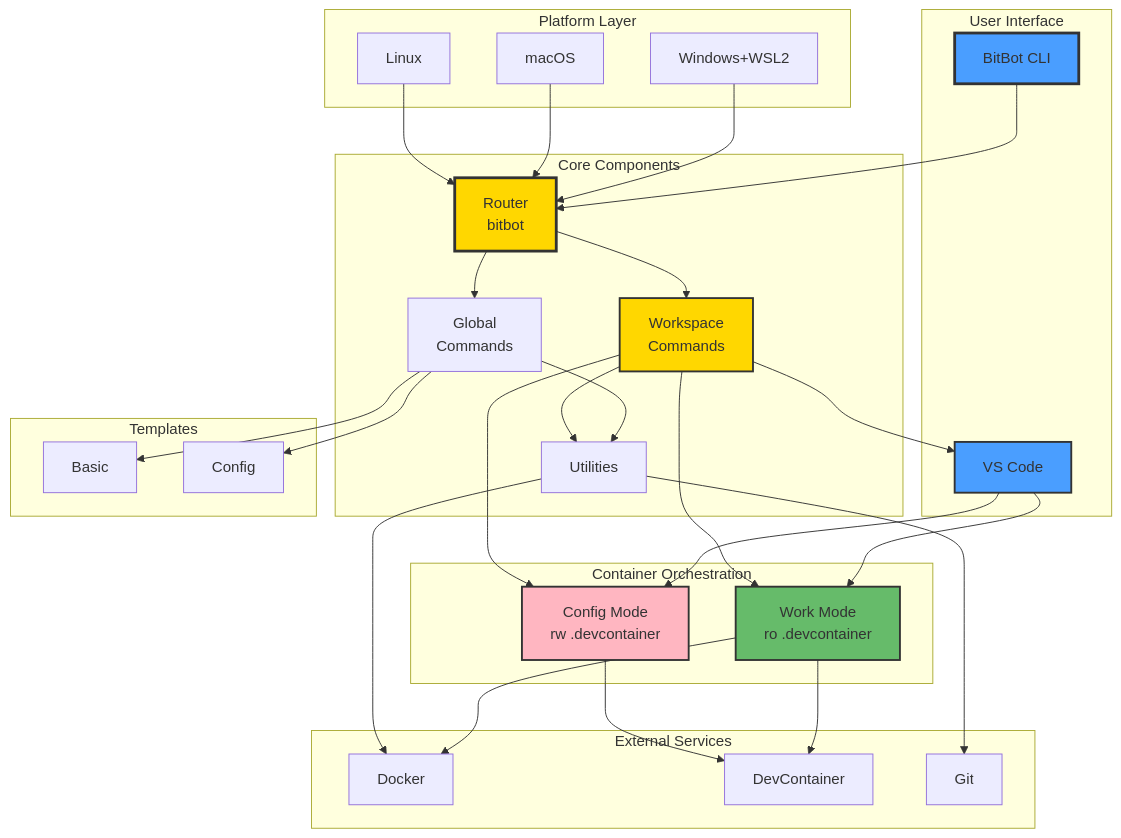
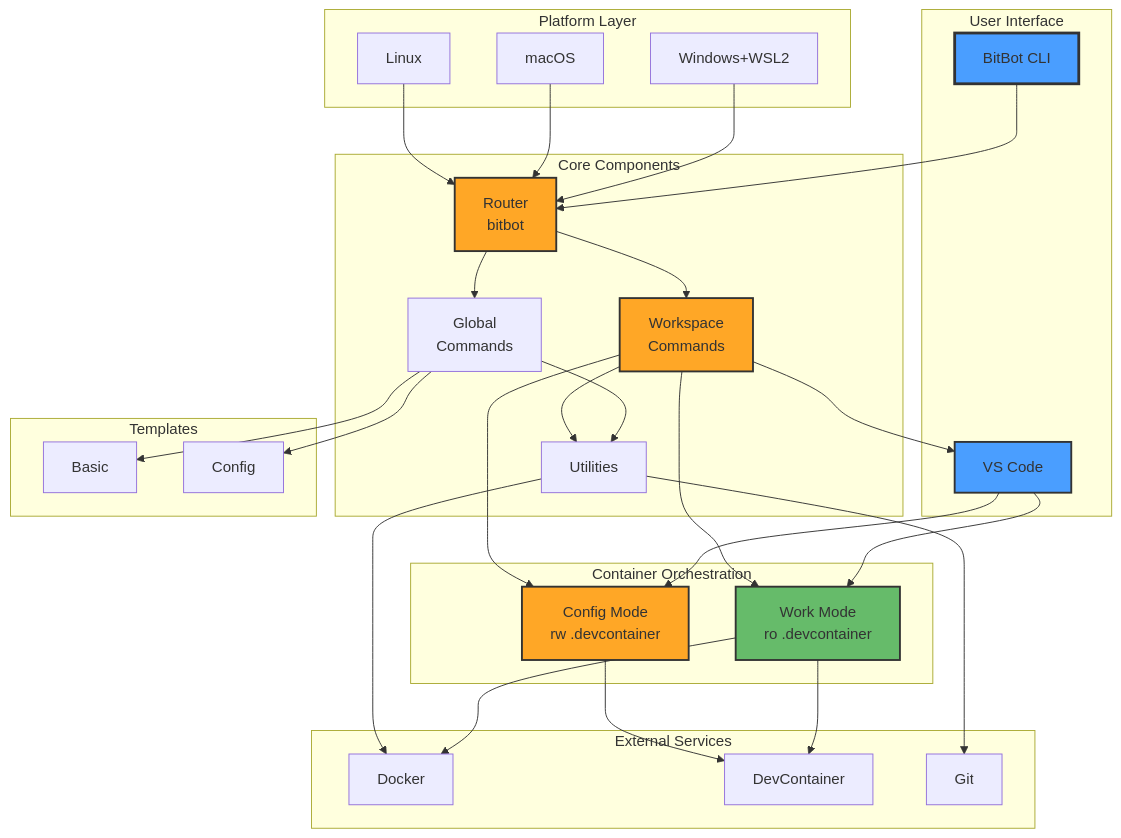
The diagram in sparc/3-architecture/diagrams/01-system-overview.md (ManuelKugelmann/BitBot), drawn with Mermaid before and after one commit.

Commit message:
Apply FLOW_INNER_BITBOT color scheme to diagram 01
Updated 01-system-overview.md:
- Pink (#ffb6c1) → Orange (#ffa726) for config mode
- Gold (#ffd700) → Orange (#ffa726) for router/work components

Simplified to 4-color scheme: blue, orange, green, red.

````diff
--- a/sparc/3-architecture/diagrams/01-system-overview.md
+++ b/sparc/3-architecture/diagrams/01-system-overview.md
@@ -5,64 +5,64 @@
 ```mermaid
 graph TB
     subgraph UI["User Interface"]
         CLI[BitBot CLI]
         VS[VS Code]
     end
 
     subgraph PLAT["Platform Layer"]
         WIN[Windows+WSL2]
         MAC[macOS]
         LIN[Linux]
     end
 
     subgraph CORE["Core Components"]
         ROUTER[Router<br/>bitbot]
         GLOBAL[Global<br/>Commands]
         WORK[Workspace<br/>Commands]
         UTIL[Utilities]
     end
 
     subgraph CONT["Container Orchestration"]
         WMODE[Work Mode<br/>ro .devcontainer]
         CMODE[Config Mode<br/>rw .devcontainer]
     end
 
     subgraph EXT["External Services"]
         DOC[Docker]
         DC[DevContainer]
         GIT[Git]
     end
 
     subgraph TMPL["Templates"]
         BASIC[Basic]
         CFG[Config]
     end
 
     CLI --> ROUTER
     VS --> WMODE
     VS --> CMODE
     ROUTER --> GLOBAL
     ROUTER --> WORK
     GLOBAL --> UTIL
     WORK --> UTIL
     WORK --> WMODE
     WORK --> CMODE
     WORK --> VS
     WMODE --> DOC
     WMODE --> DC
     CMODE --> DC
     UTIL --> GIT
     UTIL --> DOC
     GLOBAL --> BASIC
     GLOBAL --> CFG
     WIN --> ROUTER
     MAC --> ROUTER
     LIN --> ROUTER
 
     style CLI fill:#4a9eff,stroke:#333,stroke-width:3px
     style VS fill:#4a9eff,stroke:#333,stroke-width:2px
     style WMODE fill:#66bb6a,stroke:#333,stroke-width:2px,color:#333
-    style CMODE fill:#ffb6c1,stroke:#333,stroke-width:2px,color:#333
-    style ROUTER fill:#ffd700,stroke:#333,stroke-width:3px,color:#333
-    style WORK fill:#ffd700,stroke:#333,stroke-width:2px,color:#333
+    style CMODE fill:#ffa726,stroke:#333,stroke-width:2px,color:#333
+    style ROUTER fill:#ffa726,stroke:#333,stroke-width:2px,color:#333
+    style WORK fill:#ffa726,stroke:#333,stroke-width:2px,color:#333
 ```
````
